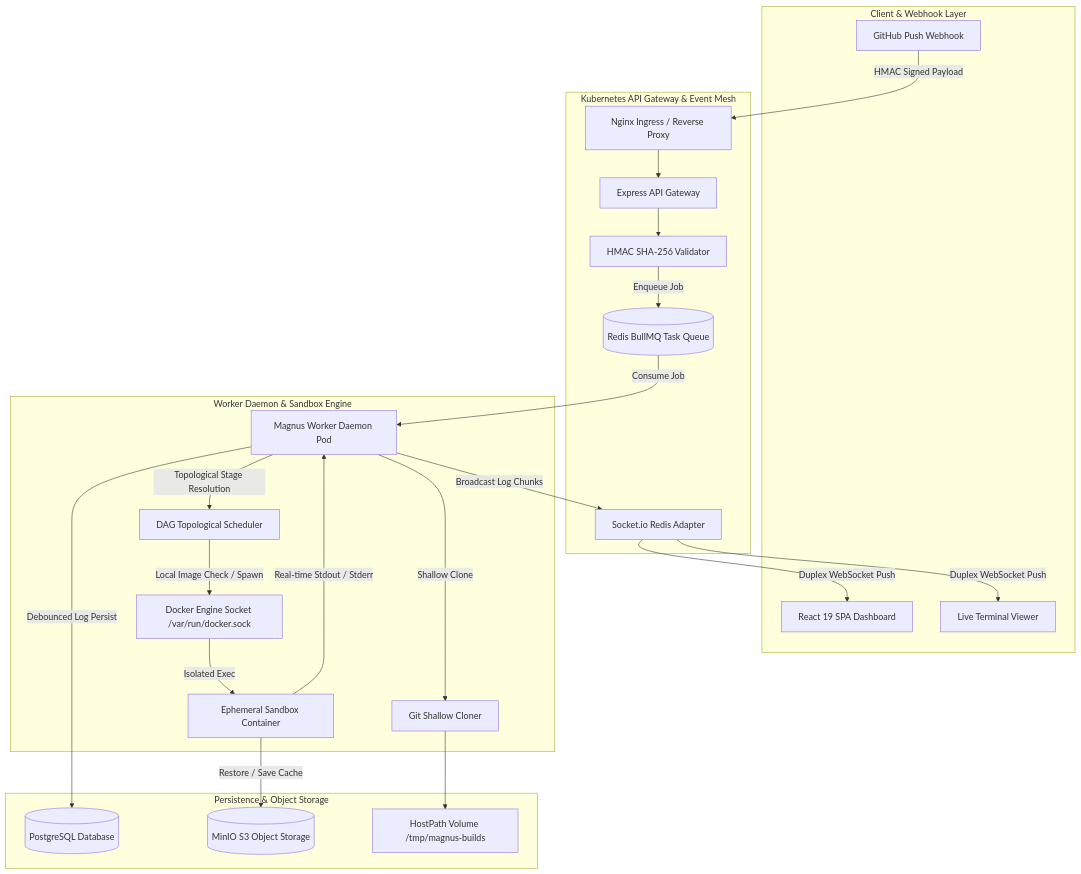
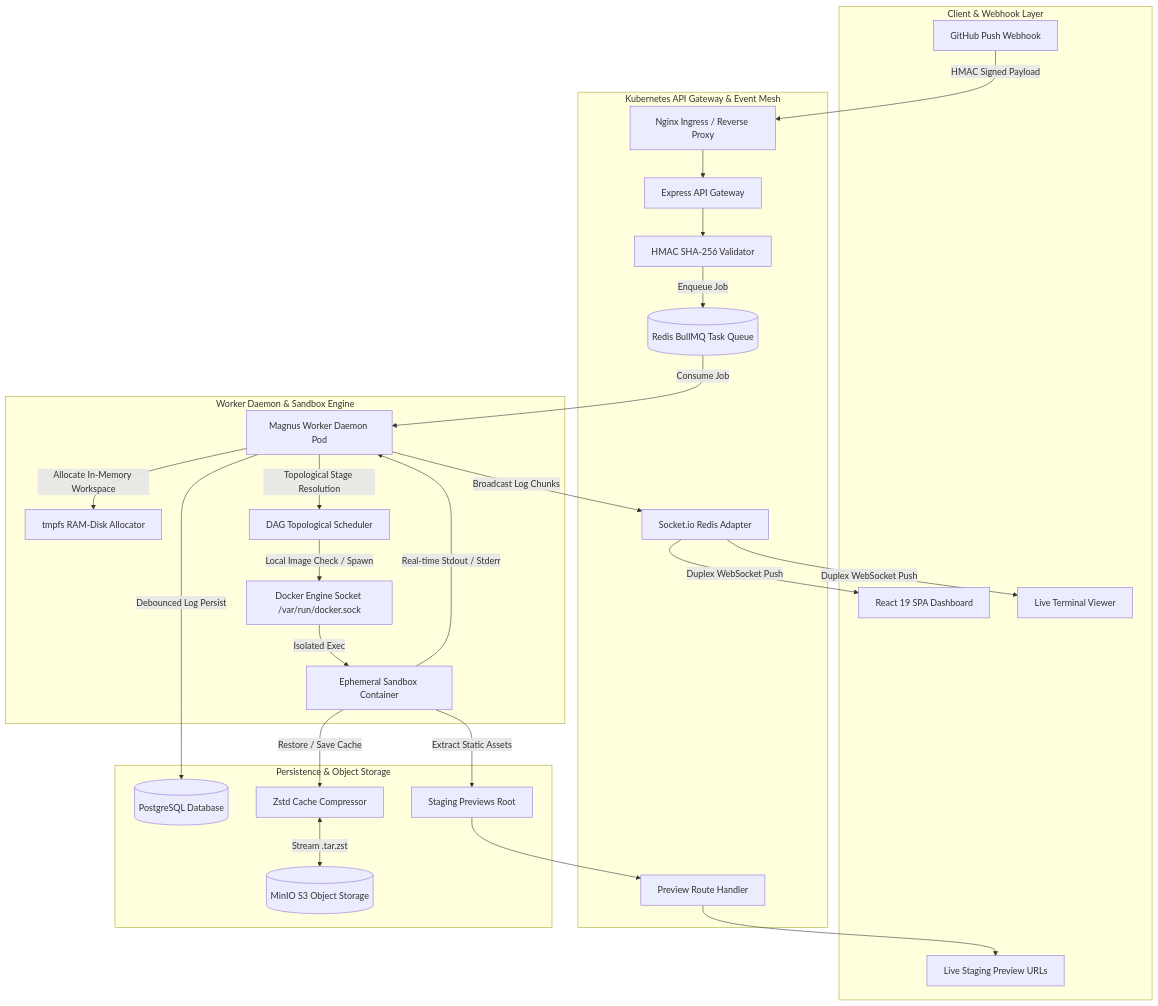
One commit to AmanKashyapp07/MagnusCI changed the diagram in README.md. Above: the diagram before and after it, drawn with Mermaid. The commit also changed other lines of this file and 3 other files, not shown here.

Commit message:
feat: complete Automated GitHub PR Bot with rich Markdown comments, tmpfs RAM-disk allocator, Zstd caching, and dynamic live previews

````diff
--- a/README.md
+++ b/README.md
@@ -82,53 +89,60 @@
 ```mermaid
 graph TD
     %% Ingress & Client
     subgraph ClientLayer [Client & Webhook Layer]
         A1[GitHub Push Webhook]
         A2[React 19 SPA Dashboard]
         A3[Live Terminal Viewer]
+        A4[Live Staging Preview URLs]
     end
 
     %% Gateway & Queue
     subgraph GatewayLayer [Kubernetes API Gateway & Event Mesh]
         B1[Nginx Ingress / Reverse Proxy]
         B2[Express API Gateway]
         B3[HMAC SHA-256 Validator]
         B4[(Redis BullMQ Task Queue)]
         B5[Socket.io Redis Adapter]
+        B6[Preview Route Handler]
     end
 
     %% Execution & Sandboxes
     subgraph WorkerLayer [Worker Daemon & Sandbox Engine]
         C1[Magnus Worker Daemon Pod]
-        C2[Git Shallow Cloner]
+        C2[tmpfs RAM-Disk Allocator]
         C3[DAG Topological Scheduler]
         C4[Docker Engine Socket /var/run/docker.sock]
         C5[Ephemeral Sandbox Container]
     end
 
     %% Persistence
     subgraph StorageLayer [Persistence & Object Storage]
         D1[(PostgreSQL Database)]
         D2[(MinIO S3 Object Storage)]
-        D3[HostPath Volume /tmp/magnus-builds]
+        D3[Zstd Cache Compressor]
+        D4[Staging Previews Root]
     end
 
     %% Connections
     A1 -->|HMAC Signed Payload| B1
     B1 --> B2
     B2 --> B3
     B3 -->|Enqueue Job| B4
     B4 -->|Consume Job| C1
     
-    C1 -->|Shallow Clone| C2
-    C2 --> D3
+    C1 -->|Allocate In-Memory Workspace| C2
     C1 -->|Topological Stage Resolution| C3
     C3 -->|Local Image Check / Spawn| C4
     C4 -->|Isolated Exec| C5
     
-    C5 -->|Restore / Save Cache| D2
+    C5 -->|Restore / Save Cache| D3
+    D3 <-->|Stream .tar.zst| D2
+    C5 -->|Extract Static Assets| D4
+    D4 --> B6
+    B6 --> A4
+    
     C5 -->|Real-time Stdout / Stderr| C1
     C1 -->|Debounced Log Persist| D1
     C1 -->|Broadcast Log Chunks| B5
     B5 -->|Duplex WebSocket Push| A2 & A3
 ```
````
